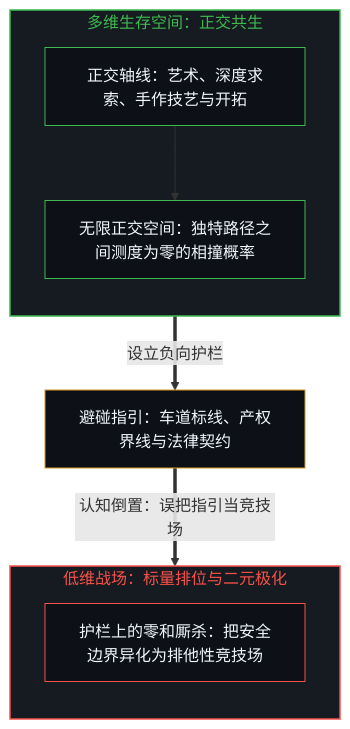
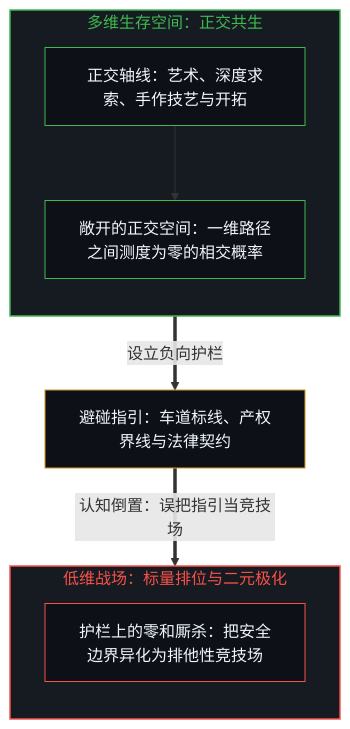
The fifth of 10 diagrams in content/posts/the-shadow-and-the-infinite.md (powerpig99/not-a-toe), drawn with Mermaid before and after one commit. The commit also changed other lines of this file and 13 other files, not shown here.

````diff
--- a/content/posts/the-shadow-and-the-infinite.md
+++ b/content/posts/the-shadow-and-the-infinite.md
@@ -143,22 +143,22 @@
 ```mermaid
 flowchart TD
     subgraph HighDManifold["多维生存空间：正交共生"]
         direction TB
         DirectionA["正交轴线：艺术、深度求索、手作技艺与开拓"]
-        CoexistenceNotice["无限正交空间：独特路径之间测度为零的相撞概率"]
+        CoexistenceNotice["敞开的正交空间：一维路径之间测度为零的相交概率"]
         DirectionA --> CoexistenceNotice
     end
     LowDGuidance["避碰指引：车道标线、产权界线与法律契约"]
     subgraph LowDWarZone["低维战场：标量排位与二元极化"]
         direction TB
         ClashPoint["护栏上的零和厮杀：把安全边界异化为排他性竞技场"]
     end
     CoexistenceNotice ==>|"设立负向护栏"| LowDGuidance
     LowDGuidance ==>|"认知倒置：误把指引当竞技场"| ClashPoint
     style HighDManifold fill:#161b22,stroke:#3fb950,stroke-width:1.5px,color:#3fb950
     style LowDWarZone fill:#161b22,stroke:#f85149,stroke-width:1.5px,color:#f85149
     style DirectionA fill:#0d1117,stroke:#3fb950,stroke-width:1px,color:#f0f6fc
     style CoexistenceNotice fill:#0d1117,stroke:#3fb950,stroke-width:1px,color:#f0f6fc
     style LowDGuidance fill:#0d1117,stroke:#d29922,stroke-width:1px,color:#f0f6fc
     style ClashPoint fill:#0d1117,stroke:#f85149,stroke-width:1px,color:#f0f6fc
 ```
````
